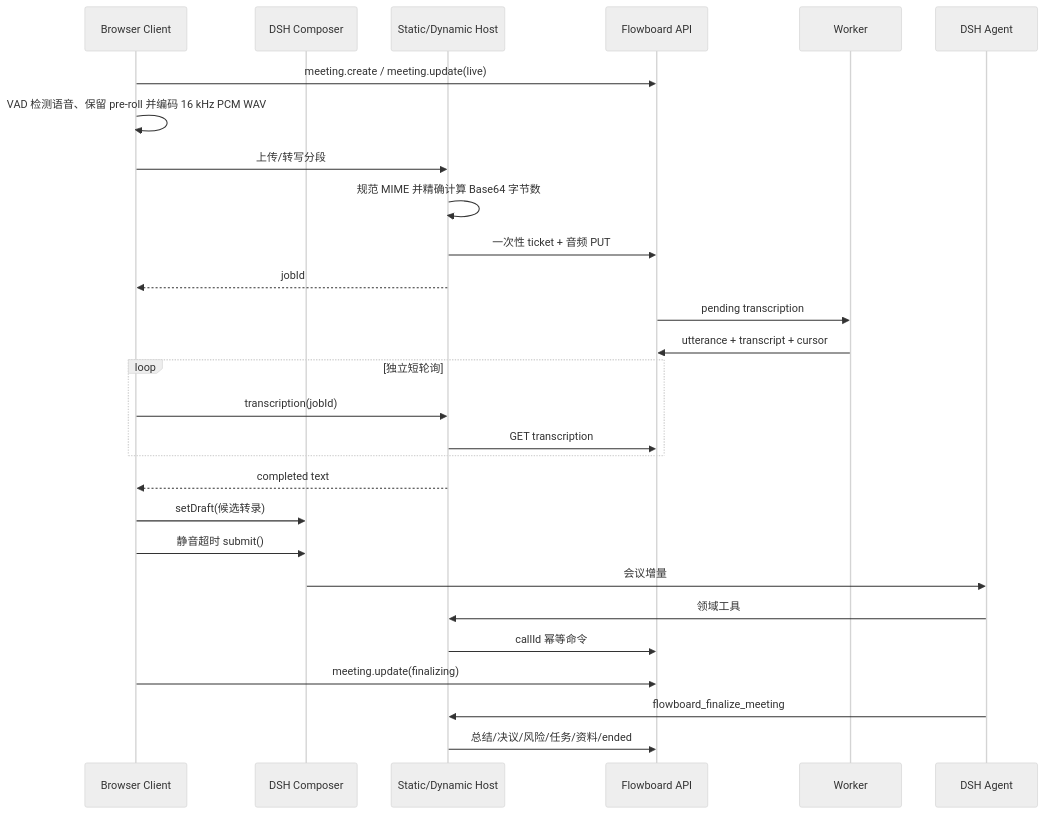
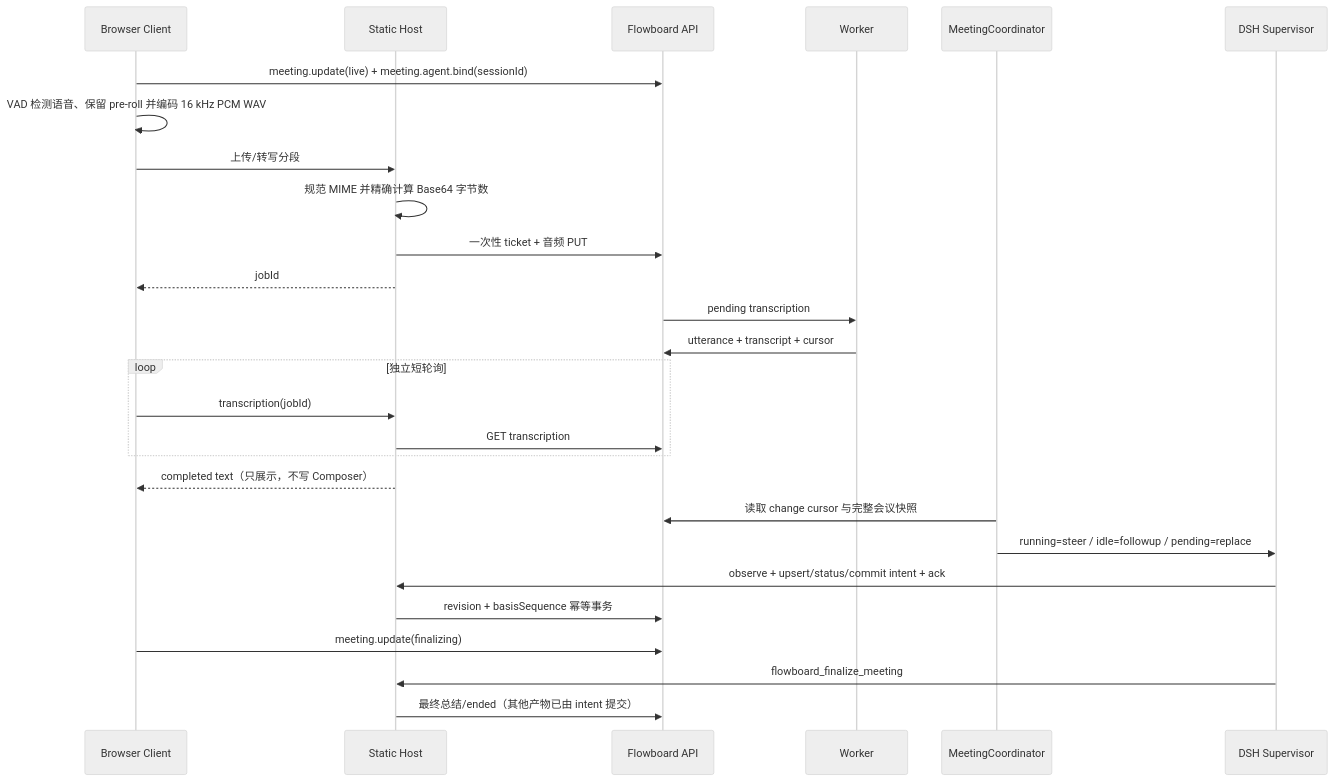
One commit to Untidy-cocoabutter173/Flowboard changed the second of 2 diagrams in docs/architecture/system-overview.md. Above: the diagram before and after it, drawn with Mermaid (neutral theme). The commit also changed other lines of this file and 24 other files, not shown here.

Commit message:
refactor: orchestrate persistent AI meeting supervisor

````diff
--- a/docs/architecture/system-overview.md
+++ b/docs/architecture/system-overview.md
@@ -61,31 +62,30 @@
 ```mermaid
 sequenceDiagram
   participant B as Browser Client
-  participant C as DSH Composer
-  participant H as Static/Dynamic Host
+  participant H as Static Host
   participant A as Flowboard API
   participant W as Worker
-  participant AI as DSH Agent
+  participant CO as MeetingCoordinator
+  participant AI as DSH Supervisor
 
-  B->>A: meeting.create / meeting.update(live)
+  B->>A: meeting.update(live) + meeting.agent.bind(sessionId)
   B->>B: VAD 检测语音、保留 pre-roll 并编码 16 kHz PCM WAV
   B->>H: 上传/转写分段
   H->>H: 规范 MIME 并精确计算 Base64 字节数
   H->>A: 一次性 ticket + 音频 PUT
   H-->>B: jobId
   A->>W: pending transcription
   W->>A: utterance + transcript + cursor
   loop 独立短轮询
     B->>H: transcription(jobId)
     H->>A: GET transcription
   end
-  H-->>B: completed text
-  B->>C: setDraft(候选转录)
-  B->>C: 静音超时 submit()
-  C->>AI: 会议增量
-  AI->>H: 领域工具
-  H->>A: callId 幂等命令
+  H-->>B: completed text（只展示，不写 Composer）
+  CO->>A: 读取 change cursor 与完整会议快照
+  CO->>AI: running=steer / idle=followup / pending=replace
+  AI->>H: observe + upsert/status/commit intent + ack
+  H->>A: revision + basisSequence 幂等事务
   B->>A: meeting.update(finalizing)
   AI->>H: flowboard_finalize_meeting
-  H->>A: 总结/决议/风险/任务/资料/ended
+  H->>A: 最终总结/ended（其他产物已由 intent 提交）
 ```
````
